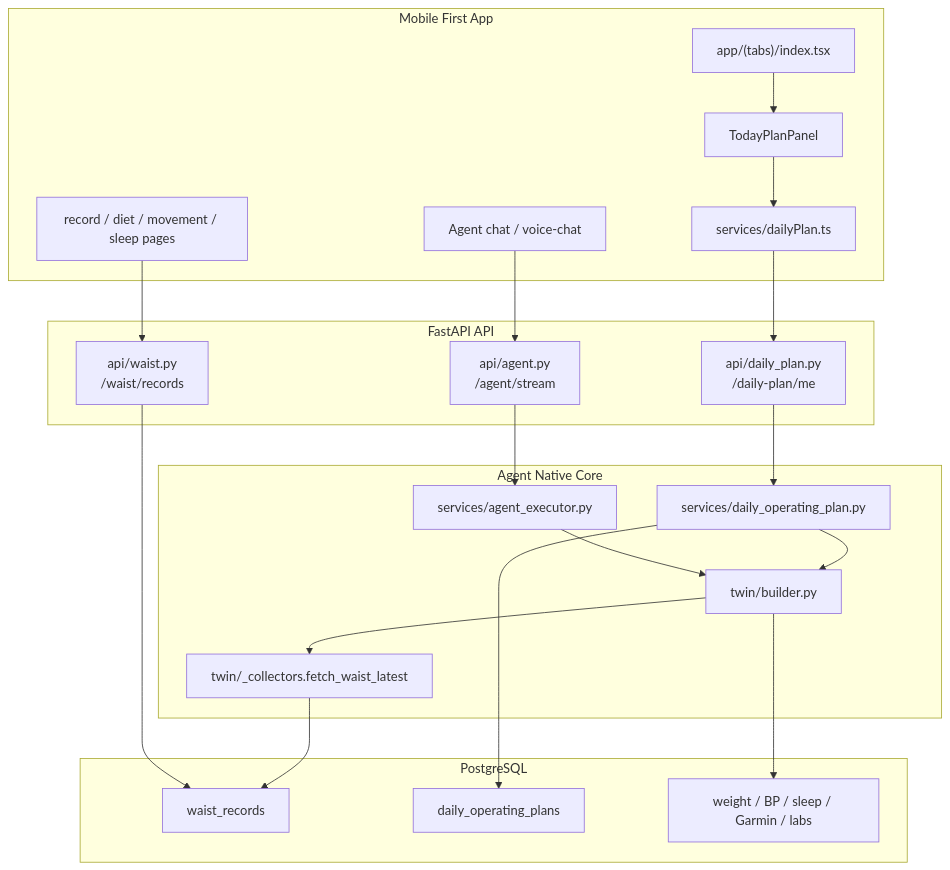
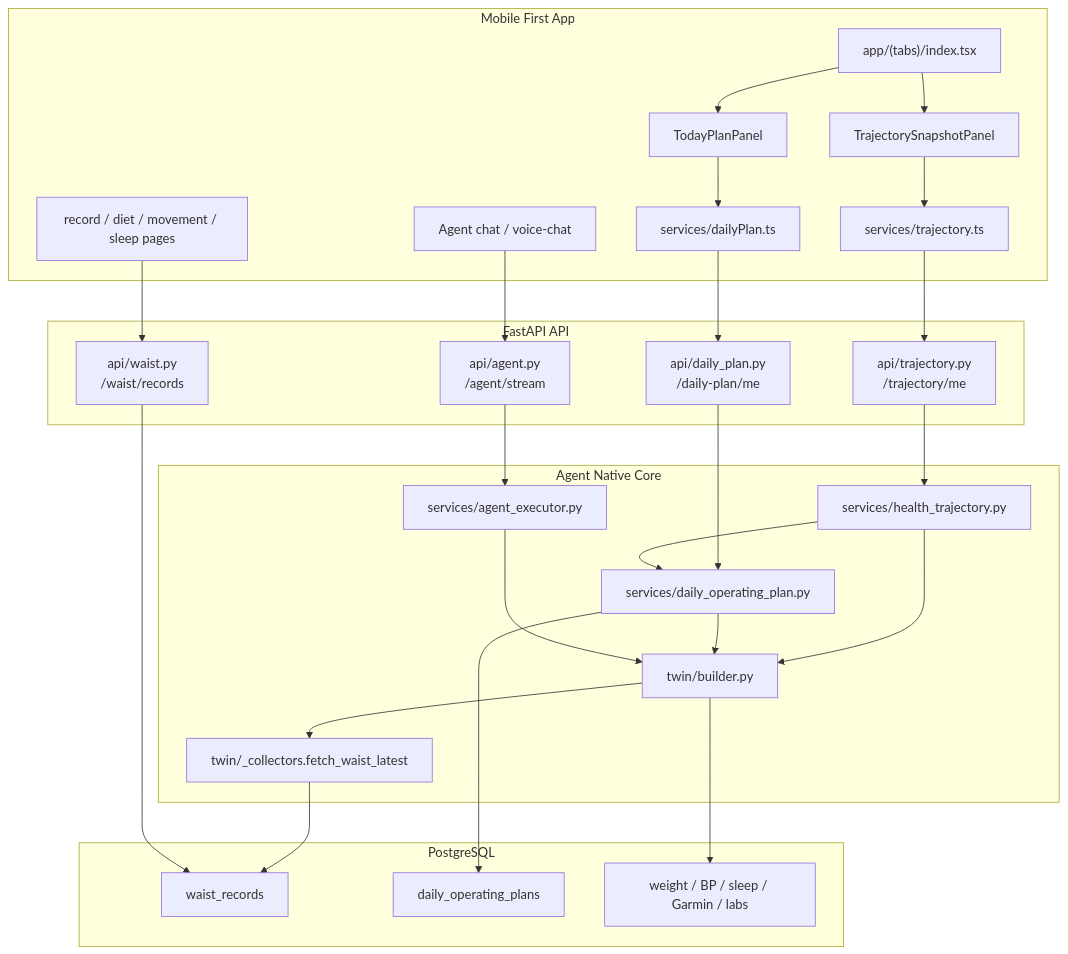
One commit to itsoso/health-llm-driven changed the first of 4 diagrams in docs/AGENT_NATIVE_HEALTH_OS_ARCHITECTURE.md. Above: the diagram before and after it, drawn with Mermaid. The commit also changed other lines of this file and 11 other files, not shown here.

Commit message:
feat(trajectory): add upstream health snapshot

````diff
--- a/docs/AGENT_NATIVE_HEALTH_OS_ARCHITECTURE.md
+++ b/docs/AGENT_NATIVE_HEALTH_OS_ARCHITECTURE.md
@@ -59,44 +67,54 @@
 ```mermaid
 flowchart TB
   subgraph Mobile["Mobile First App"]
     Home["app/(tabs)/index.tsx"]
     TodayPlan["TodayPlanPanel"]
+    TrajectoryPanel["TrajectorySnapshotPanel"]
     DailyPlanSvc["services/dailyPlan.ts"]
+    TrajectorySvc["services/trajectory.ts"]
     Record["record / diet / movement / sleep pages"]
     Chat["Agent chat / voice-chat"]
   end
 
   subgraph API["FastAPI API"]
     WaistAPI["api/waist.py<br/>/waist/records"]
     PlanAPI["api/daily_plan.py<br/>/daily-plan/me"]
+    TrajectoryAPI["api/trajectory.py<br/>/trajectory/me"]
     AgentAPI["api/agent.py<br/>/agent/stream"]
   end
 
   subgraph Core["Agent Native Core"]
     TwinBuilder["twin/builder.py"]
     WaistCollector["twin/_collectors.fetch_waist_latest"]
     PlanBuilder["services/daily_operating_plan.py"]
+    TrajectoryBuilder["services/health_trajectory.py"]
     AgentExecutor["services/agent_executor.py"]
   end
 
   subgraph Store["PostgreSQL"]
     WaistRecord["waist_records"]
     DailyPlan["daily_operating_plans"]
     HealthTables["weight / BP / sleep / Garmin / labs"]
   end
 
   Home --> TodayPlan
+  Home --> TrajectoryPanel
   TodayPlan --> DailyPlanSvc
+  TrajectoryPanel --> TrajectorySvc
   DailyPlanSvc --> PlanAPI
+  TrajectorySvc --> TrajectoryAPI
   PlanAPI --> PlanBuilder
+  TrajectoryAPI --> TrajectoryBuilder
+  TrajectoryBuilder --> TwinBuilder
+  TrajectoryBuilder --> PlanBuilder
   PlanBuilder --> TwinBuilder
   TwinBuilder --> WaistCollector
   WaistCollector --> WaistRecord
   TwinBuilder --> HealthTables
   PlanBuilder --> DailyPlan
   Record --> WaistAPI
   WaistAPI --> WaistRecord
   Chat --> AgentAPI
   AgentAPI --> AgentExecutor
   AgentExecutor --> TwinBuilder
 ```
````
